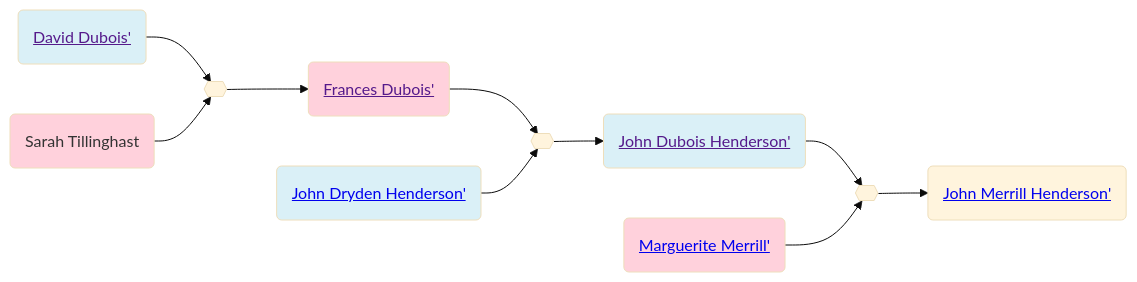
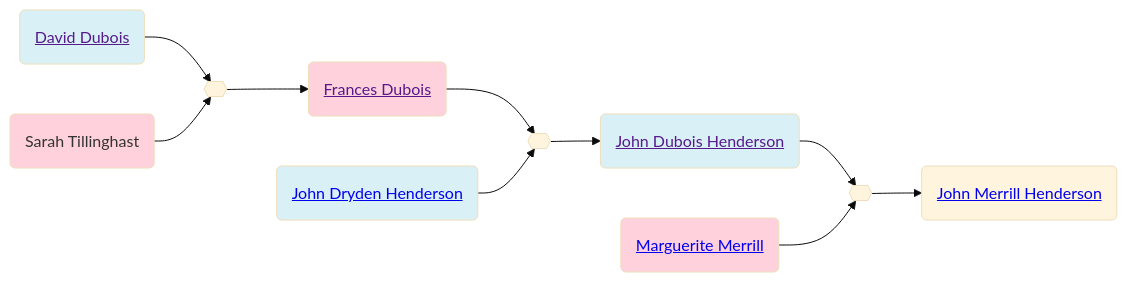
The diagram in familyhistory/sources/people/Henderson-line/Dubois-line/David_Dubois.qmd (neelsmith/avocational), drawn with Mermaid (base theme) before and after one commit. The commit also changed 96 other files, not shown here.

````diff
--- a/familyhistory/sources/people/Henderson-line/Dubois-line/David_Dubois.qmd
+++ b/familyhistory/sources/people/Henderson-line/Dubois-line/David_Dubois.qmd
@@ -26,26 +26,26 @@
 ```{mermaid}
 graph LR
 %% LR descendant diagram
 class David_Dubois_and_Sarah_Tillinghast marriage
-David_Dubois(<a href=''>David Dubois'</>) --> David_Dubois_and_Sarah_Tillinghast{{ }}
+David_Dubois(<a href=''>David Dubois</a>) --> David_Dubois_and_Sarah_Tillinghast{{ }}
 Sarah_Tillinghast(Sarah Tillinghast) --> David_Dubois_and_Sarah_Tillinghast{{ }}
 class David_Dubois father
 class Sarah_Tillinghast mother
-David_Dubois_and_Sarah_Tillinghast{{ }} --> Frances_Dubois(<a href='./Frances_Dubois.html'>Frances Dubois'</>)
+David_Dubois_and_Sarah_Tillinghast{{ }} --> Frances_Dubois(<a href='./Frances_Dubois.html'>Frances Dubois</a>)
 class Frances_Dubois_and_John_Dryden_Henderson marriage
-Frances_Dubois(<a href=''>Frances Dubois'</>) --> Frances_Dubois_and_John_Dryden_Henderson{{ }}
-John_Dryden_Henderson(<a href='./../John_Dryden_Henderson.html'>John Dryden Henderson'</>) --> Frances_Dubois_and_John_Dryden_Henderson{{ }}
+Frances_Dubois(<a href=''>Frances Dubois</a>) --> Frances_Dubois_and_John_Dryden_Henderson{{ }}
+John_Dryden_Henderson(<a href='./../John_Dryden_Henderson.html'>John Dryden Henderson</a>) --> Frances_Dubois_and_John_Dryden_Henderson{{ }}
 class John_Dryden_Henderson father
 class Frances_Dubois mother
-Frances_Dubois_and_John_Dryden_Henderson{{ }} --> John_Dubois_Henderson(<a href='./../John_Dubois_Henderson.html'>John Dubois Henderson'</>)
+Frances_Dubois_and_John_Dryden_Henderson{{ }} --> John_Dubois_Henderson(<a href='./../John_Dubois_Henderson.html'>John Dubois Henderson</a>)
 class John_Dubois_Henderson_and_Marguerite_Merrill marriage
-John_Dubois_Henderson(<a href=''>John Dubois Henderson'</>) --> John_Dubois_Henderson_and_Marguerite_Merrill{{ }}
-Marguerite_Merrill(<a href='./../Merrill-line/Marguerite_Merrill.html'>Marguerite Merrill'</>) --> John_Dubois_Henderson_and_Marguerite_Merrill{{ }}
+John_Dubois_Henderson(<a href=''>John Dubois Henderson</a>) --> John_Dubois_Henderson_and_Marguerite_Merrill{{ }}
+Marguerite_Merrill(<a href='./../Merrill-line/Marguerite_Merrill.html'>Marguerite Merrill</a>) --> John_Dubois_Henderson_and_Marguerite_Merrill{{ }}
 class John_Dubois_Henderson father
 class Marguerite_Merrill mother
-John_Dubois_Henderson_and_Marguerite_Merrill{{ }} --> John_Merrill_Henderson(<a href='./John_Merrill_Henderson.html'>John Merrill Henderson'</>)
+John_Dubois_Henderson_and_Marguerite_Merrill{{ }} --> John_Merrill_Henderson(<a href='./John_Merrill_Henderson.html'>John Merrill Henderson</a>)
 classDef mother fill:#ffd1dc
 classDef father fill:#daf0f7  
 classDef marriage fill:#ffffff
 
 ```
````
